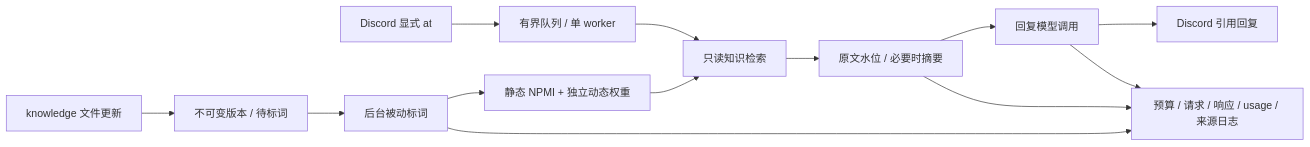
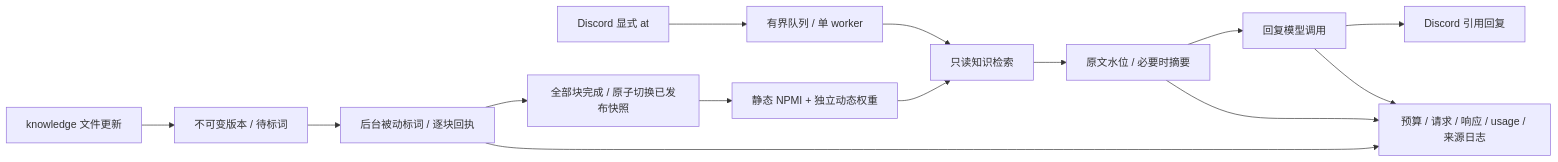
Before and after one commit to simulacrum0112-afk/Indeces_memory_manager: the diagram in README.md, drawn with Mermaid. The commit also changed other lines of this file and 10 other files, not shown here.

````diff
--- a/README.md
+++ b/README.md
@@ -9,15 +9,16 @@
 ```mermaid
 flowchart LR
     D[Discord 显式 at] --> Q[有界队列 / 单 worker]
     Q --> R[只读知识检索]
     R --> C[原文水位 / 必要时摘要]
     C --> A[回复模型调用]
     A --> O[Discord 引用回复]
     K[knowledge 文件更新] --> V[不可变版本 / 待标词]
-    V --> L[后台被动标词]
-    L --> G[静态 NPMI + 独立动态权重]
+    V --> L[后台被动标词 / 逐块回执]
+    L --> P[全部块完成 / 原子切换已发布快照]
+    P --> G[静态 NPMI + 独立动态权重]
     G --> R
     A --> S[预算 / 请求 / 响应 / usage / 来源日志]
     L --> S
     C --> S
 ```
````
